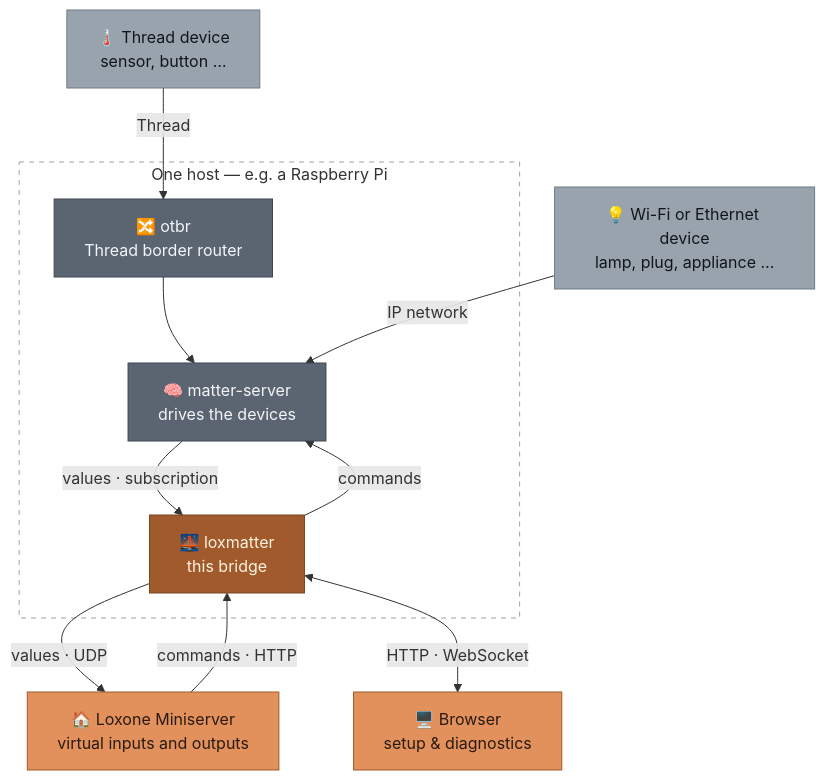
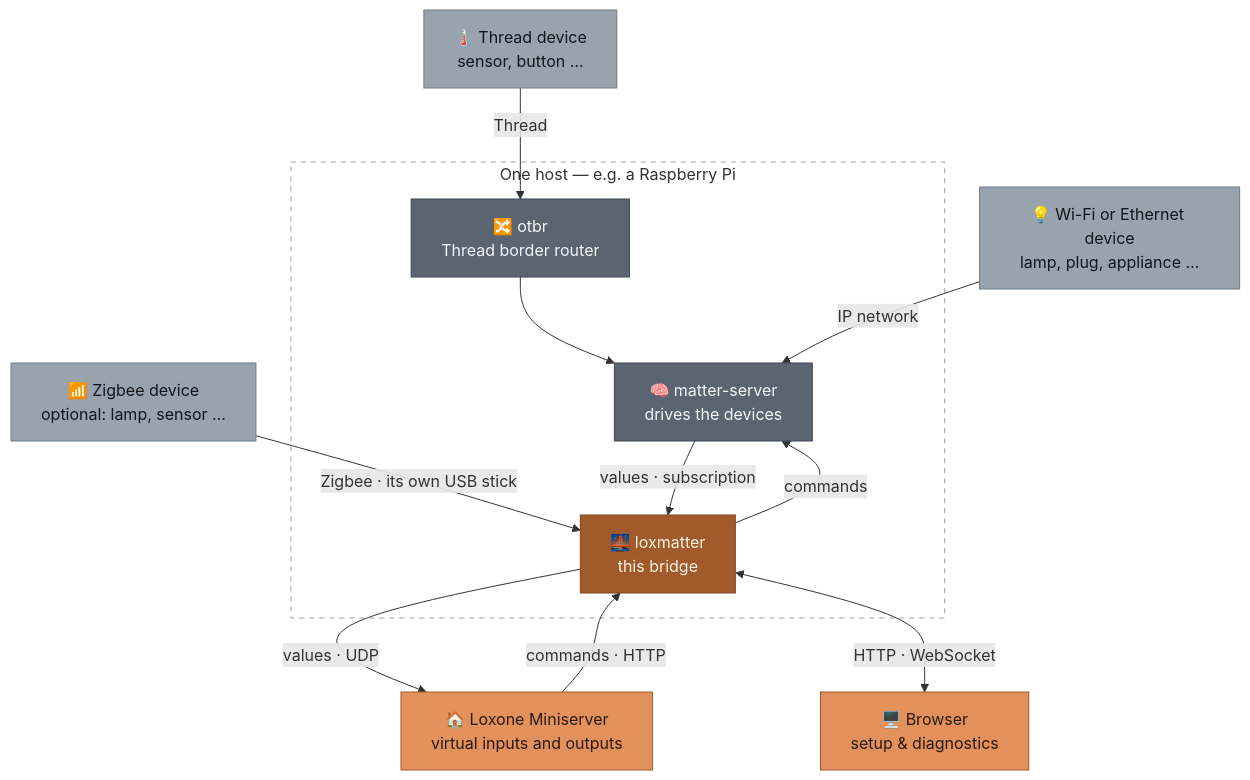
One commit to lucienkerl/loxmatter changed the diagram in README.md. Above: the diagram before and after it, drawn with Mermaid. The commit also changed other lines of this file and 1 other file, not shown here.

First line of the commit message:
docs: record what Zigbee support grants, costs and has not proven

````diff
--- a/README.md
+++ b/README.md
@@ -136,35 +137,37 @@
 ```mermaid
 flowchart TB
     thread["🌡️ Thread device<br/>sensor, button …"]
     ip["💡 Wi-Fi or Ethernet device<br/>lamp, plug, appliance …"]
+    zigbee["📶 Zigbee device<br/>optional: lamp, sensor …"]
 
     subgraph Host["One host — e.g. a Raspberry Pi"]
         otbr["🔀 otbr<br/>Thread border router"]
         ms["🧠 matter-server<br/>drives the devices"]
         lm["🌉 loxmatter<br/>this bridge"]
     end
 
     mini["🏠 Loxone Miniserver<br/>virtual inputs and outputs"]
     browser["🖥️ Browser<br/>setup & diagnostics"]
 
     thread -- Thread --> otbr
     otbr --> ms
     ip -- "IP network" --> ms
+    zigbee -- "Zigbee · its own USB stick" --> lm
     ms -- "values · subscription" --> lm
     lm -- commands --> ms
     lm -- "values · UDP" --> mini
     mini -- "commands · HTTP" --> lm
     lm <-- "HTTP · WebSocket" --> browser
 
     classDef device fill:#98a3ad,stroke:#6f7a85,color:#12161a
     classDef svc fill:#5b6572,stroke:#3f4750,color:#f4f5f7
     classDef bridge fill:#a15a2c,stroke:#7d4522,color:#fdf3e0
     classDef endpoint fill:#e2915c,stroke:#a15a2c,color:#2a1a10
 
-    class thread,ip device
+    class thread,ip,zigbee device
     class otbr,ms svc
     class lm bridge
     class mini,browser endpoint
 
     style Host fill:none,stroke:#98a3ad,stroke-dasharray:5 5
 ```
````
